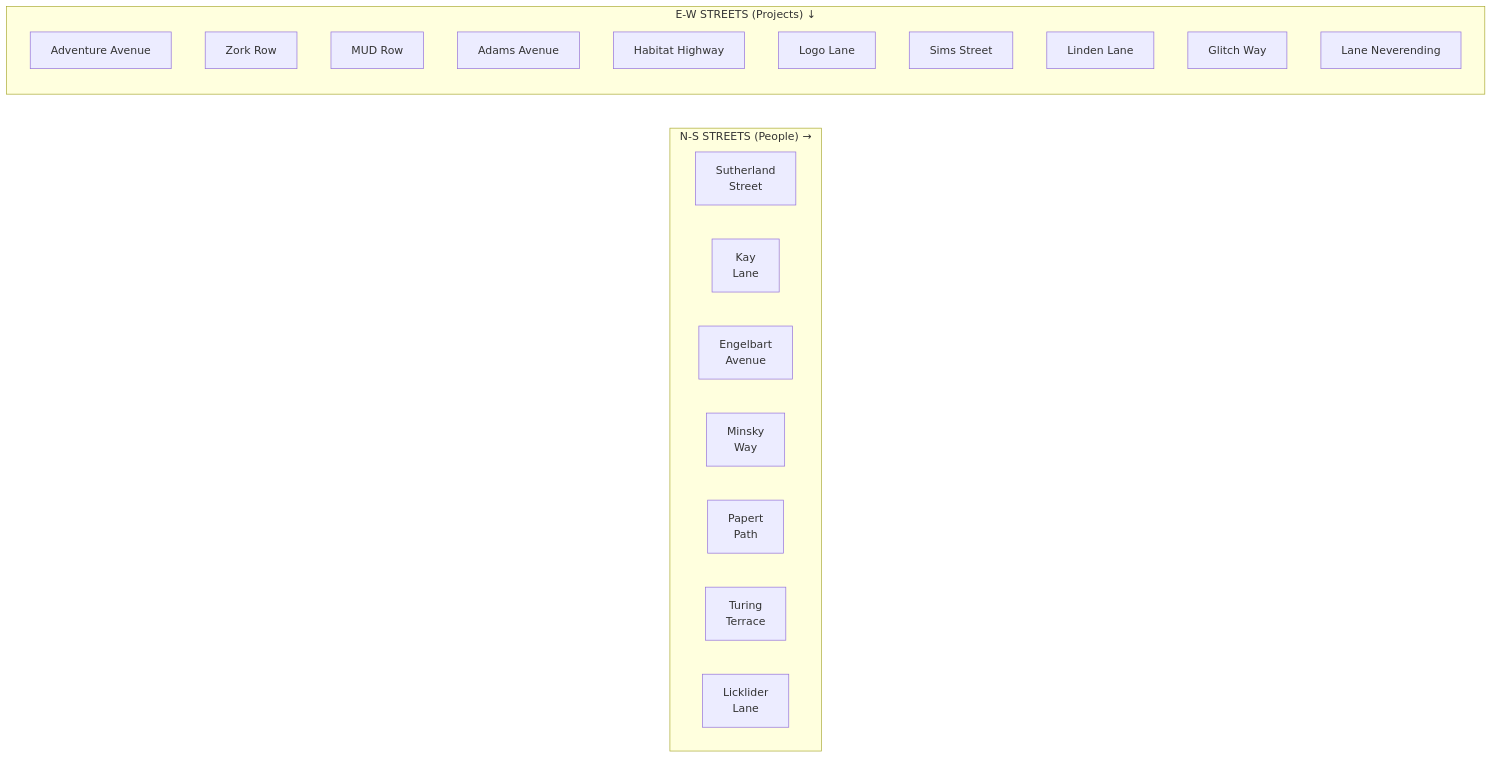
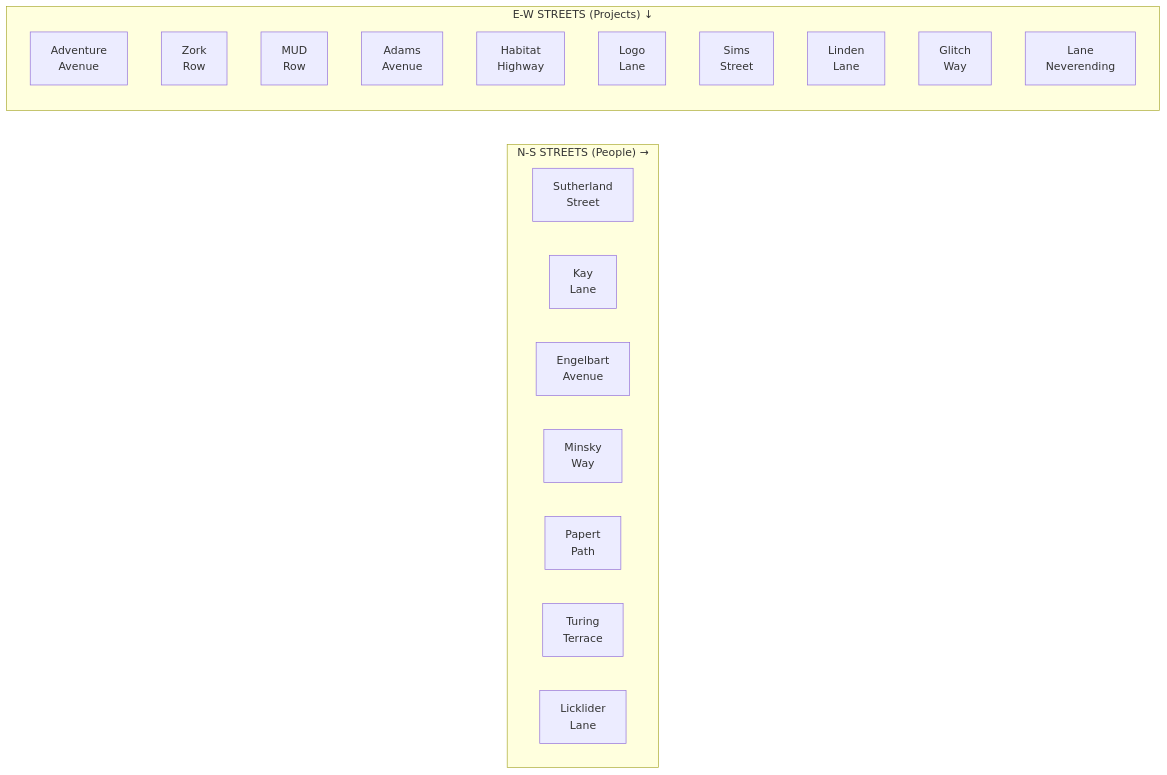
One commit to SimHacker/moollm changed the diagram in examples/adventure-4/street/README.md. Above: the diagram before and after it, drawn with Mermaid.

Commit message:
Add <br> to E-W streets in Mermaid diagram for compactness

````diff
--- a/examples/adventure-4/street/README.md
+++ b/examples/adventure-4/street/README.md
@@ -11,27 +11,27 @@
 ```mermaid
 flowchart LR
     subgraph NS["N-S STREETS (People) →"]
         direction LR
         Suth["Sutherland<br>Street"]
         Kay["Kay<br>Lane"]
         Eng["Engelbart<br>Avenue"]
         Min["Minsky<br>Way"]
         Pap["Papert<br>Path"]
         Tur["Turing<br>Terrace"]
         Lic["Licklider<br>Lane"]
     end
     
     subgraph EW["E-W STREETS (Projects) ↓"]
         direction TB
-        Adv["Adventure Avenue"]
-        Zork["Zork Row"]
-        MUD["MUD Row"]
-        Adams["Adams Avenue"]
-        Hab["Habitat Highway"]
-        Logo["Logo Lane"]
-        Sims["Sims Street"]
-        Linden["Linden Lane"]
-        Glitch["Glitch Way"]
-        Lane["Lane Neverending"]
+        Adv["Adventure<br>Avenue"]
+        Zork["Zork<br>Row"]
+        MUD["MUD<br>Row"]
+        Adams["Adams<br>Avenue"]
+        Hab["Habitat<br>Highway"]
+        Logo["Logo<br>Lane"]
+        Sims["Sims<br>Street"]
+        Linden["Linden<br>Lane"]
+        Glitch["Glitch<br>Way"]
+        Lane["Lane<br>Neverending"]
     end
 ```
````
